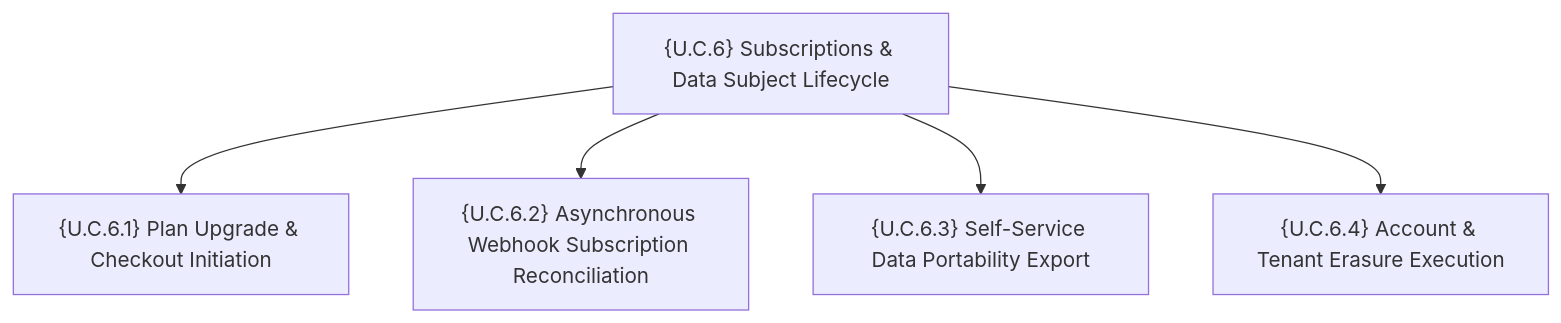
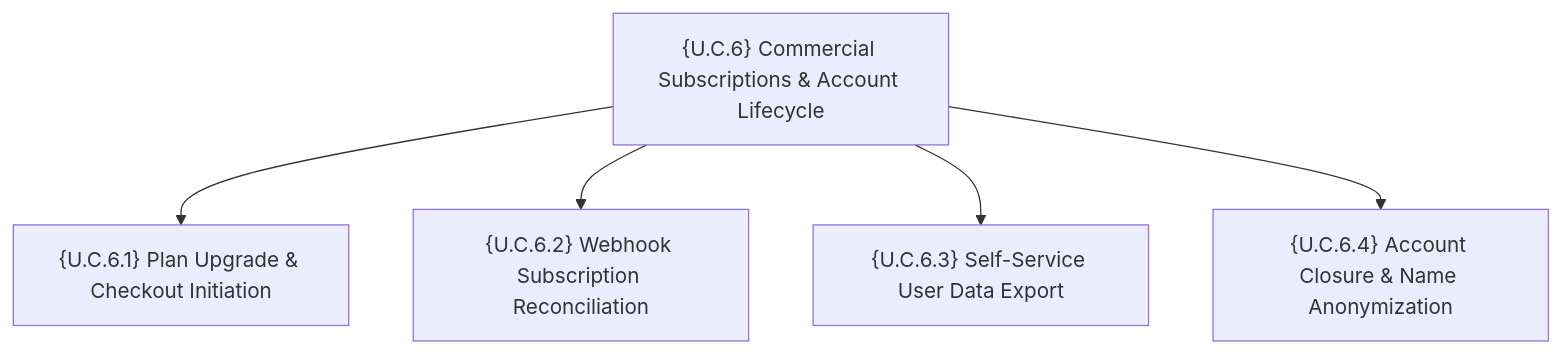
The eighth of 8 diagrams in cases/Case_01_TinyTask_SaaS/03_PHASE3_SPEC/Doc02_System_Use_Cases.md (pauloribeiro16/aegis-mvp), drawn with Mermaid before and after one commit. The commit also changed other lines of this file and 1 other file, not shown here.

````diff
--- a/cases/Case_01_TinyTask_SaaS/03_PHASE3_SPEC/Doc02_System_Use_Cases.md
+++ b/cases/Case_01_TinyTask_SaaS/03_PHASE3_SPEC/Doc02_System_Use_Cases.md
@@ -426,7 +426,7 @@
 ```mermaid
 flowchart TD
-    UC6["{U.C.6} Subscriptions & Data Subject Lifecycle"] --> UC61["{U.C.6.1} Plan Upgrade & Checkout Initiation"]
-    UC6 --> UC62["{U.C.6.2} Asynchronous Webhook Subscription Reconciliation"]
-    UC6 --> UC63["{U.C.6.3} Self-Service Data Portability Export"]
-    UC6 --> UC64["{U.C.6.4} Account & Tenant Erasure Execution"]
+    UC6["{U.C.6} Commercial Subscriptions & Account Lifecycle"] --> UC61["{U.C.6.1} Plan Upgrade & Checkout Initiation"]
+    UC6 --> UC62["{U.C.6.2} Webhook Subscription Reconciliation"]
+    UC6 --> UC63["{U.C.6.3} Self-Service User Data Export"]
+    UC6 --> UC64["{U.C.6.4} Account Closure & Name Anonymization"]
 ```
````
